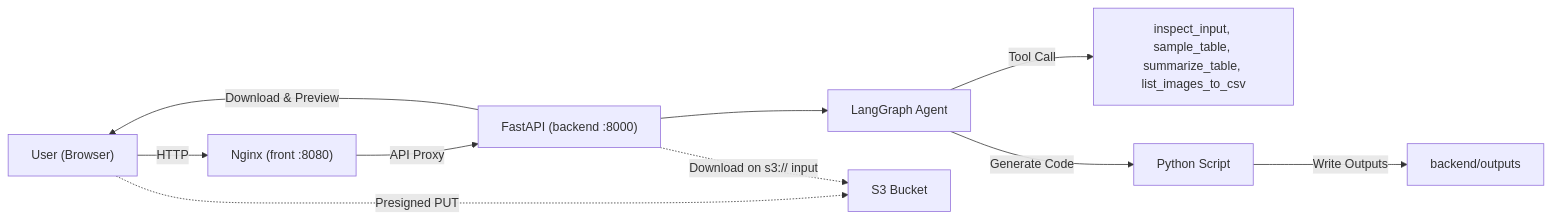
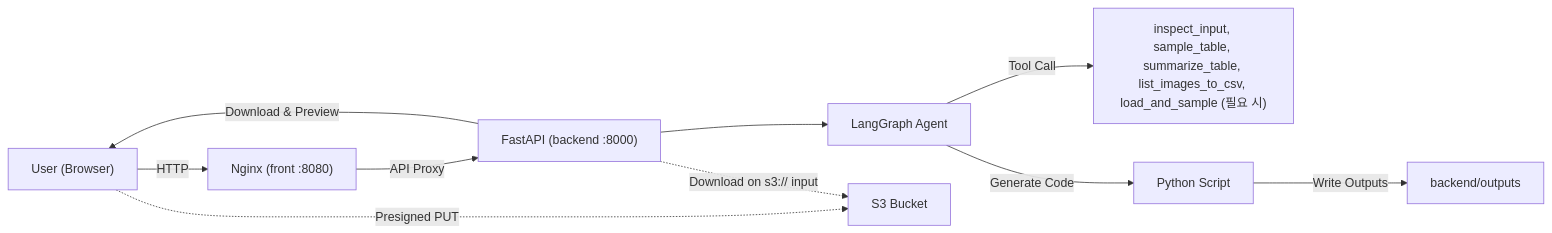
One commit to sonsukwoo/Data_preprocessing_auto changed the first of 2 diagrams in README.md. Above: the diagram before and after it, drawn with Mermaid. The commit also changed other lines of this file, not shown here.

````diff
--- a/README.md
+++ b/README.md
@@ -95,15 +95,15 @@
 ```mermaid
 flowchart LR
   U["User (Browser)"] -->|"HTTP"| N["Nginx (front :8080)"]
   N -->|"API Proxy"| A["FastAPI (backend :8000)"]
   A --> G["LangGraph Agent"]
 
-  G -->|"Tool Call"| T["inspect_input, sample_table, summarize_table, list_images_to_csv"]
+  G -->|"Tool Call"| T["inspect_input, sample_table, summarize_table, list_images_to_csv, load_and_sample (필요 시)"]
   G -->|"Generate Code"| P["Python Script"]
 
   P -->|"Write Outputs"| O["backend/outputs"]
   A -->|"Download & Preview"| U
   %% Optional S3 flow
   U -. "Presigned PUT" .-> S3["S3 Bucket"]
   A -. "Download on s3:// input" .-> S3
 ```
````
